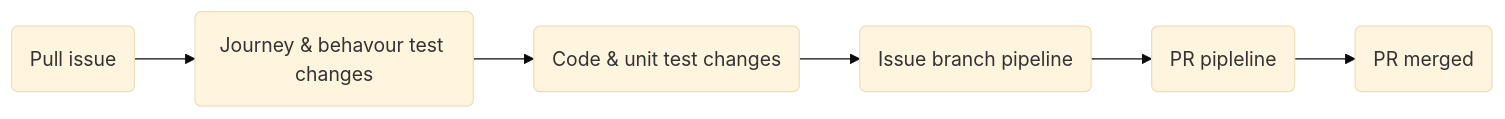
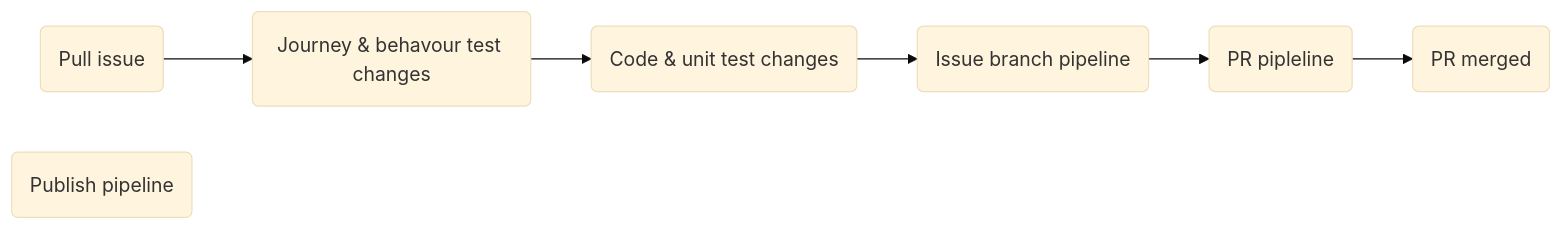
The third of 8 diagrams in docs/factory_pipelines.md (ContinuousEngineeringProject/ContinuousEngineeringProject.github.io), drawn with Mermaid (base theme) before and after one commit. The commit also changed other lines of this file, not shown here.

````diff
--- a/docs/factory_pipelines.md
+++ b/docs/factory_pipelines.md
@@ -39,11 +40,12 @@
 ```mermaid
 flowchart LR
   id1(Pull issue)
   id2(Journey & behavour test changes)
   id3(Code & unit test changes)
   id4(Issue branch pipeline)
   id5(PR pipleline)
   id6(PR merged)
+  id7(Publish pipeline)
   
   id1 --> id2 --> id3 --> id4 --> id5 --> id6
 ```
````
